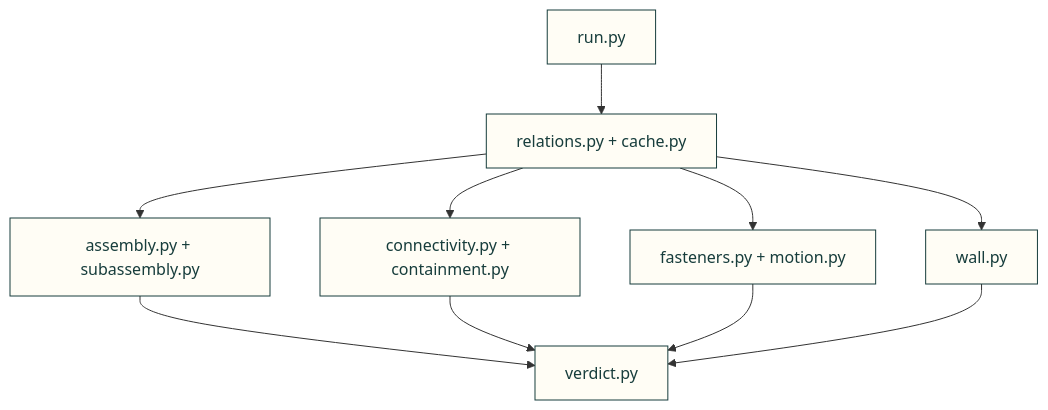
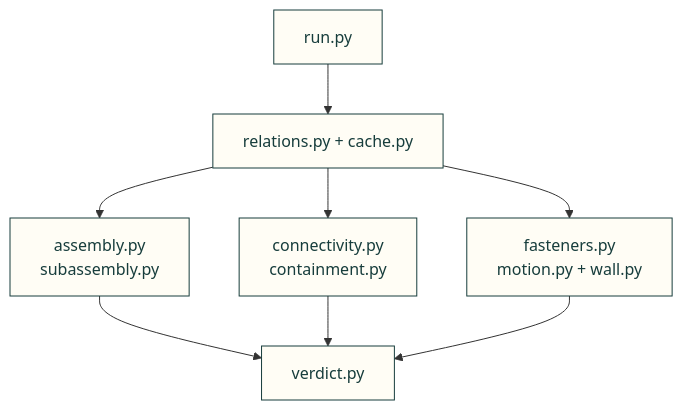
Before and after one commit to Valpatel/cad-agent: the diagram in software/cadagent/review/gates/README.md, drawn with Mermaid. The commit also changed 7 other files, not shown here.

````diff
--- a/software/cadagent/review/gates/README.md
+++ b/software/cadagent/review/gates/README.md
@@ -5,12 +5,11 @@
 ```mermaid
 flowchart TD
     R["run.py"] --> A["relations.py + cache.py"]
-    A --> G["assembly.py + subassembly.py"]
-    A --> C["connectivity.py + containment.py"]
-    A --> F["fasteners.py + motion.py"]
-    A --> W["wall.py"]
-    G & C & F & W --> V["verdict.py"]
+    A --> G["assembly.py<br/>subassembly.py"]
+    A --> C["connectivity.py<br/>containment.py"]
+    A --> F["fasteners.py<br/>motion.py + wall.py"]
+    G & C & F --> V["verdict.py"]
     classDef here fill:#fffdf5,stroke:#173d3c,color:#173d3c
     classDef near fill:#eef1e4,stroke:#6f8a80,color:#173d3c
-    class R,A,G,C,F,W,V here
+    class R,A,G,C,F,V here
 ```
````
